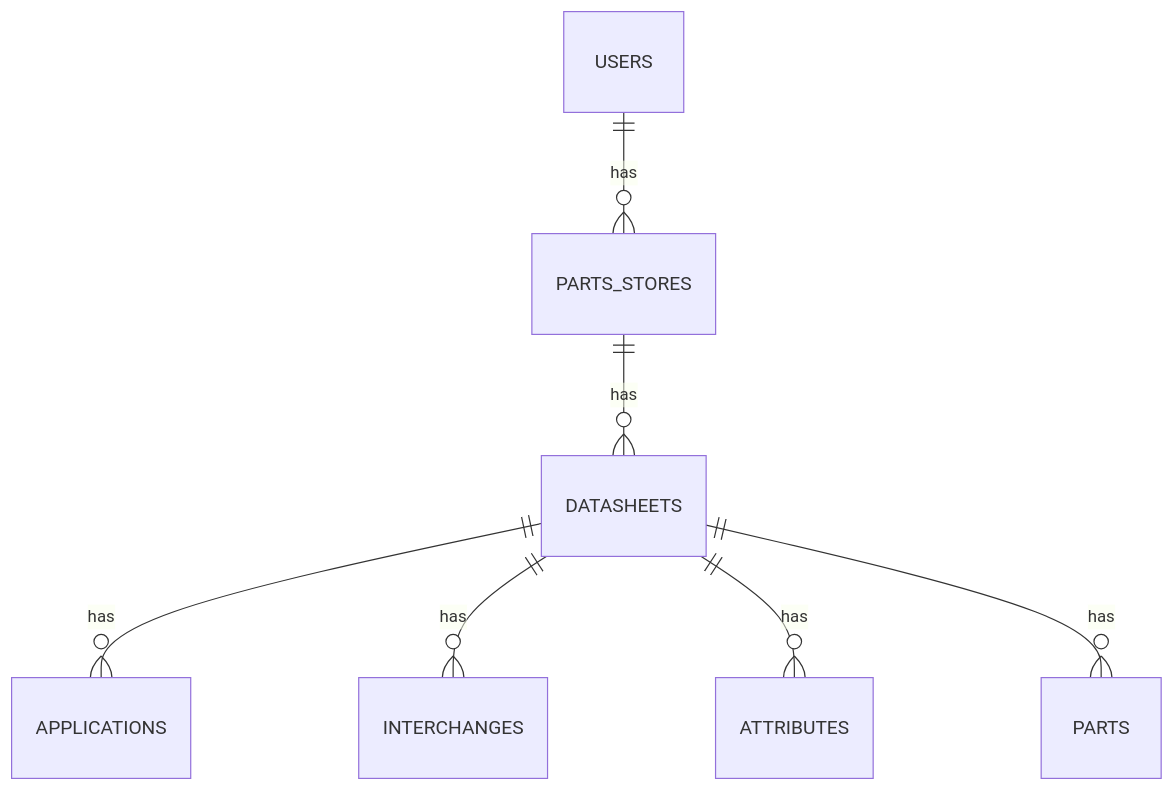
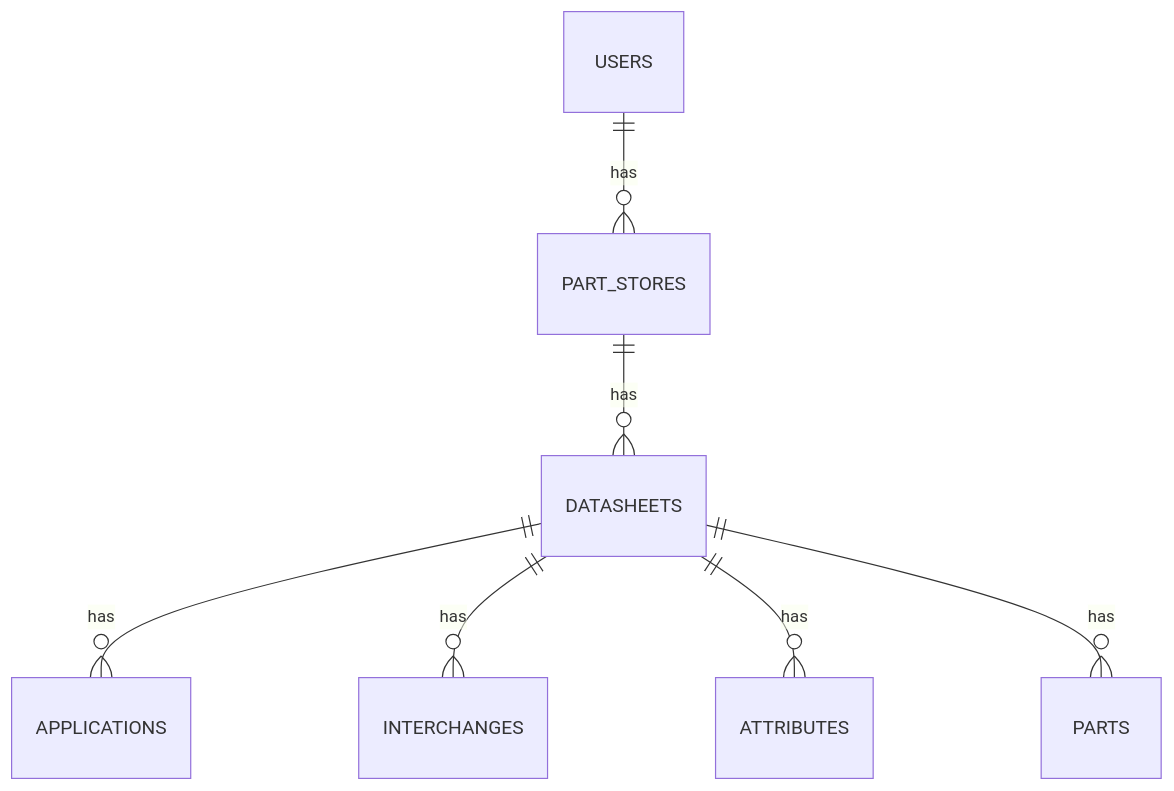
Before and after one commit to MrCesar107/bonaparte-test-app: the diagram in docs/alcance.md, drawn with Mermaid. The commit also changed other lines of this file and 4 other files, not shown here.

````diff
--- a/docs/alcance.md
+++ b/docs/alcance.md
@@ -250,9 +266,9 @@
 ```mermaid
 erDiagram
-  USERS ||--o{ PARTS_STORES : has
-  PARTS_STORES ||--o{ DATASHEETS : has
+  USERS ||--o{ PART_STORES : has
+  PART_STORES ||--o{ DATASHEETS : has
   DATASHEETS ||--o{ APPLICATIONS : has
   DATASHEETS ||--o{ INTERCHANGES : has
   DATASHEETS ||--o{ ATTRIBUTES : has
   DATASHEETS ||--o{ PARTS : has
 ```
````
